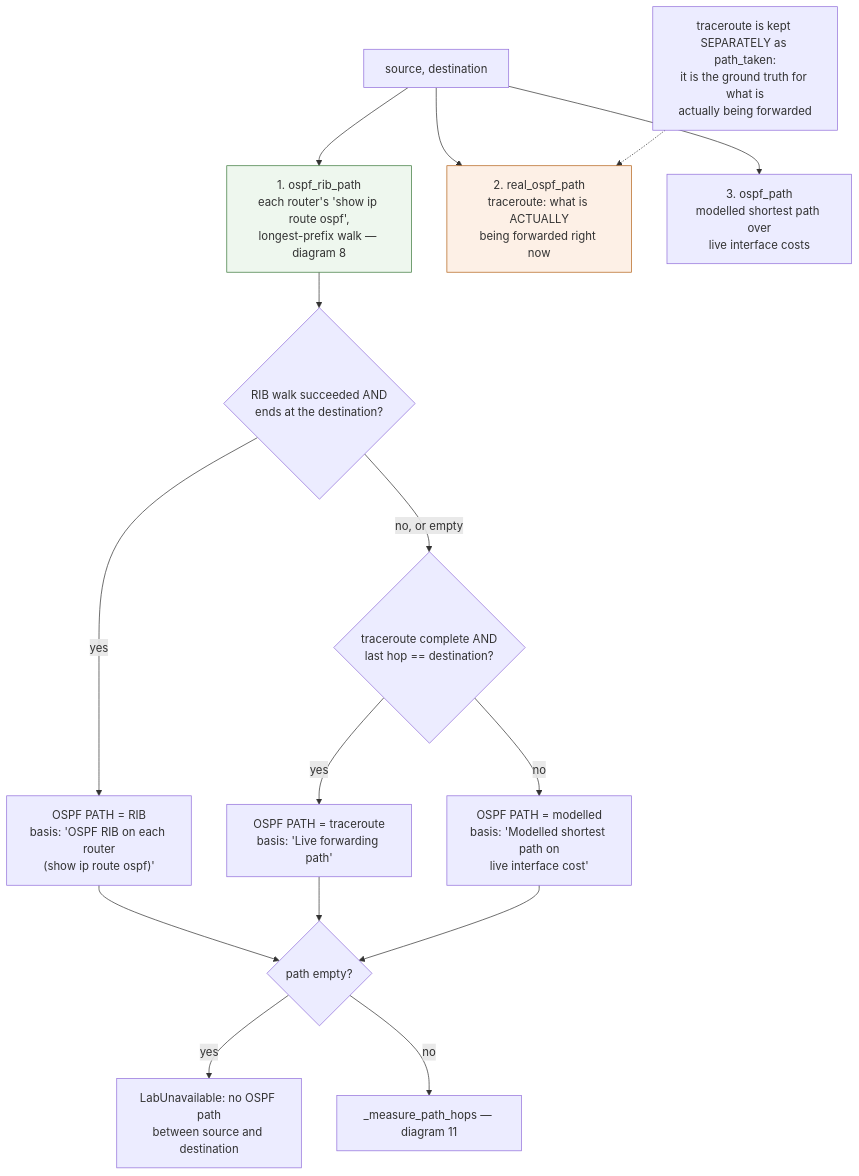
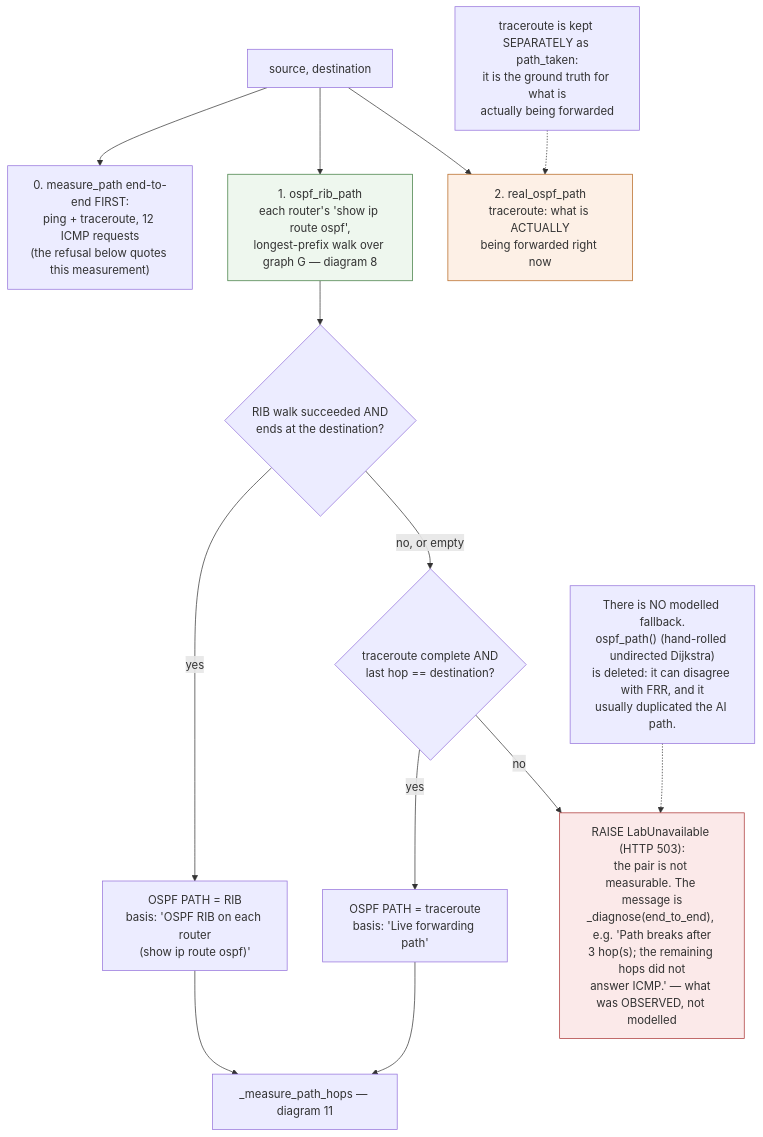
Before and after one commit to bhavshetty2003-gif/NetRouteAI: the seventh of 20 diagrams in docs/ALGORITHM_FLOWCHARTS.md, drawn with Mermaid. The commit also changed other lines of this file and 24 other files, not shown here.

````diff
--- a/docs/ALGORITHM_FLOWCHARTS.md
+++ b/docs/ALGORITHM_FLOWCHARTS.md
@@ -432,23 +432,22 @@
 ```mermaid
 flowchart TD
-    SRC["source, destination"] --> RIB["1. ospf_rib_path<br/>each router's 'show ip route ospf',<br/>longest-prefix walk — diagram 8"]
+    SRC["source, destination"] --> E2E["0. measure_path end-to-end FIRST:<br/>ping + traceroute, 12 ICMP requests<br/>(the refusal below quotes this measurement)"]
+    SRC --> RIB["1. ospf_rib_path<br/>each router's 'show ip route ospf',<br/>longest-prefix walk over graph G — diagram 8"]
     SRC --> TRACE["2. real_ospf_path<br/>traceroute: what is ACTUALLY<br/>being forwarded right now"]
-    SRC --> MODEL["3. ospf_path<br/>modelled shortest path over<br/>live interface costs"]
 
     RIB --> RIBOK{"RIB walk succeeded AND<br/>ends at the destination?"}
     RIBOK -- yes --> PICK1["OSPF PATH = RIB<br/>basis: 'OSPF RIB on each router<br/>(show ip route ospf)'"]
     RIBOK -- "no, or empty" --> TOK{"traceroute complete AND<br/>last hop == destination?"}
     TOK -- yes --> PICK2["OSPF PATH = traceroute<br/>basis: 'Live forwarding path'"]
-    TOK -- no --> PICK3["OSPF PATH = modelled<br/>basis: 'Modelled shortest path on<br/>live interface cost'"]
+    TOK -- no --> RAISE["RAISE LabUnavailable (HTTP 503):<br/>the pair is not measurable. The message is<br/>_diagnose(end_to_end), e.g. 'Path breaks after<br/>3 hop(s); the remaining hops did not<br/>answer ICMP.' — what was OBSERVED, not modelled"]
 
-    PICK1 --> EMPTY{"path empty?"}
-    PICK2 --> EMPTY
-    PICK3 --> EMPTY
-    EMPTY -- yes --> E1["LabUnavailable: no OSPF path<br/>between source and destination"]
-    EMPTY -- no --> MEAS["_measure_path_hops — diagram 11"]
+    PICK1 --> MEAS["_measure_path_hops — diagram 11"]
+    PICK2 --> MEAS
 
     NOTE["traceroute is kept SEPARATELY as path_taken:<br/>it is the ground truth for what is<br/>actually being forwarded"] -.-> TRACE
+    KILL["There is NO modelled fallback.<br/>ospf_path() (hand-rolled undirected Dijkstra)<br/>is deleted: it can disagree with FRR, and it<br/>usually duplicated the AI path."] -.-> RAISE
 
     style RIB fill:#eef7ee,stroke:#3d7a3d
     style TRACE fill:#fdf0e6,stroke:#b5651d
+    style RAISE fill:#fbe9e9,stroke:#a33
 ```
````
